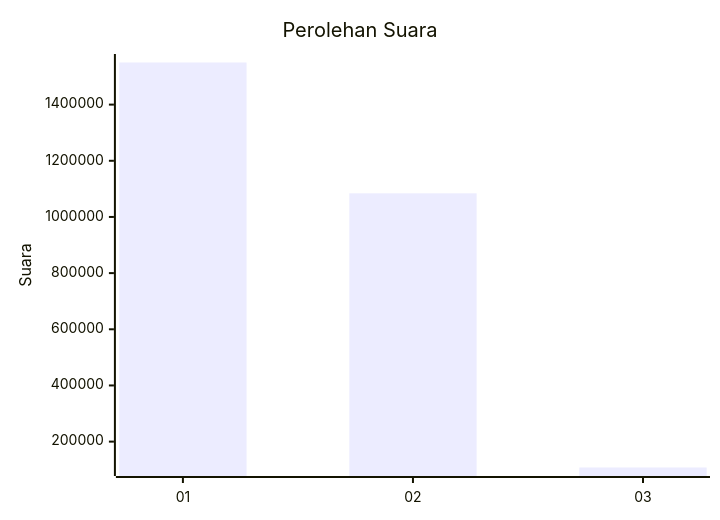
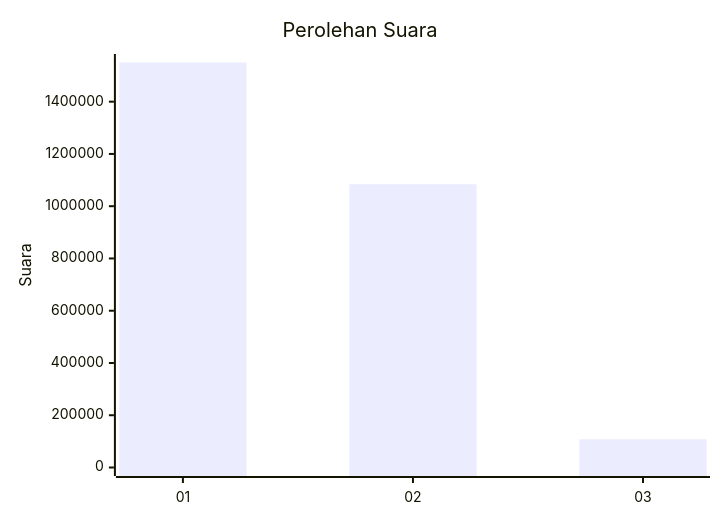
One commit to gigit-pemilu/pemilu-2024 changed the first of 2 diagrams in pilpres/hitung-suara/sub/table-wilayah-13.md. Above: the diagram before and after it, drawn with Mermaid. The commit also changed 42 other files, not shown here.

````diff
--- a/pilpres/hitung-suara/sub/table-wilayah-13.md
+++ b/pilpres/hitung-suara/sub/table-wilayah-13.md
@@ -7,7 +7,7 @@
 ```mermaid
 xychart-beta
     title "Perolehan Suara"
     x-axis [01, 02, 03]
-    y-axis "Suara"
+    y-axis "Suara" 0 --> 1549933
     bar [1549933, 1084147, 107860]
 ```
````
